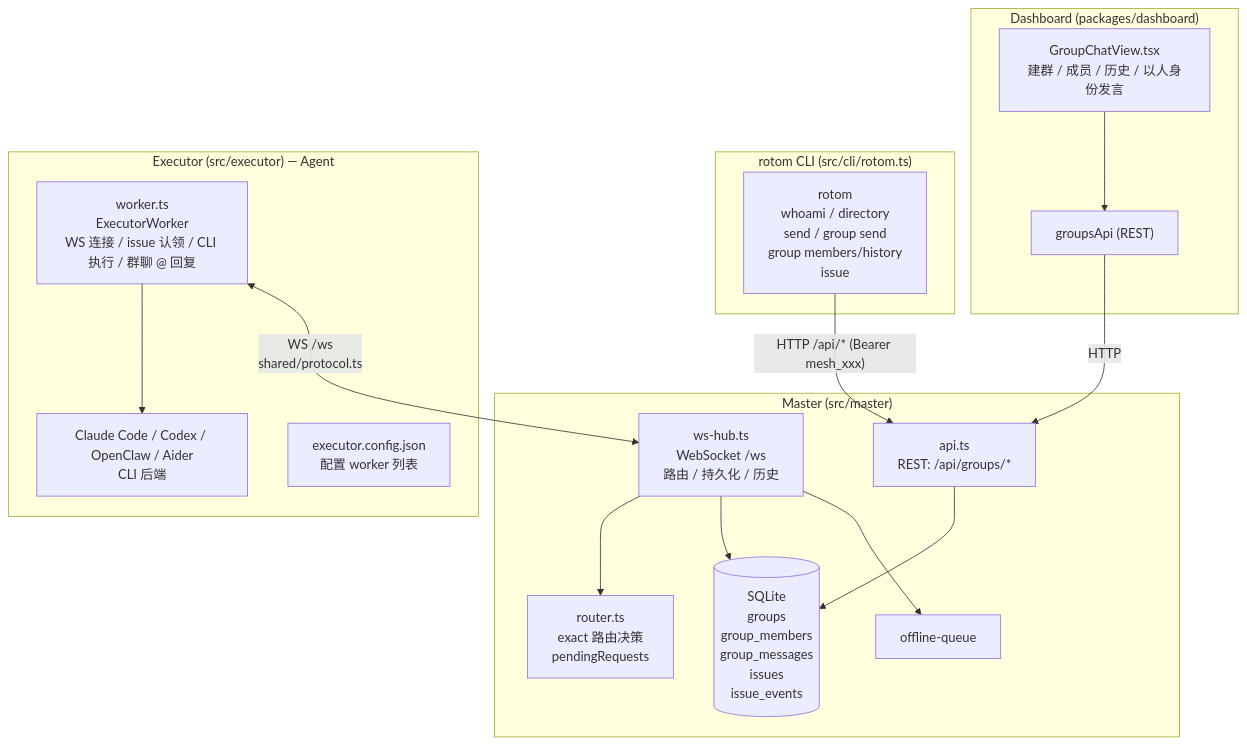
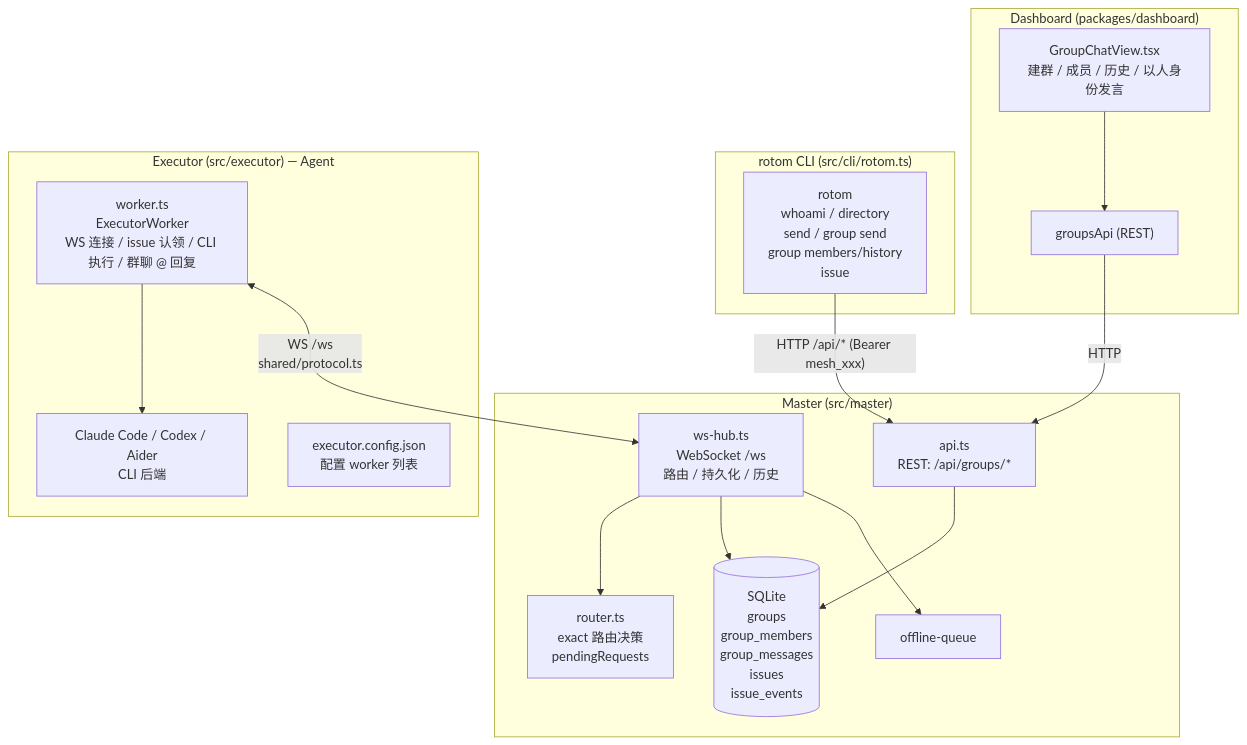
One commit to konglx90/rotom changed the first of 3 diagrams in packages/website/docs/dev/group_chat_architecture.md. Above: the diagram before and after it, drawn with Mermaid. The commit also changed other lines of this file and 37 other files, not shown here.

````diff
--- a/packages/website/docs/dev/group_chat_architecture.md
+++ b/packages/website/docs/dev/group_chat_architecture.md
@@ -124,36 +124,36 @@
 ```mermaid
 flowchart TB
   subgraph Dashboard["Dashboard (packages/dashboard)"]
     GCV["GroupChatView.tsx<br/>建群 / 成员 / 历史 / 以人身份发言"]
     GAPI["groupsApi (REST)"]
     GCV --> GAPI
   end
 
   subgraph Master["Master (src/master)"]
     API["api.ts<br/>REST: /api/groups/*"]
     HUB["ws-hub.ts<br/>WebSocket /ws<br/>路由 / 持久化 / 历史"]
     ROUTER["router.ts<br/>exact 路由决策<br/>pendingRequests"]
     DB[("SQLite<br/>groups<br/>group_members<br/>group_messages<br/>issues<br/>issue_events")]
     OQ["offline-queue"]
 
     API --> DB
     HUB --> ROUTER
     HUB --> DB
     HUB --> OQ
   end
 
   subgraph CLI_["rotom CLI (src/cli/rotom.ts)"]
     ROT["rotom<br/>whoami / directory<br/>send / group send<br/>group members/history<br/>issue"]
   end
 
   subgraph Executor["Executor (src/executor) — Agent"]
     EW["worker.ts<br/>ExecutorWorker<br/>WS 连接 / issue 认领 / CLI 执行 / 群聊 @ 回复"]
-    CLI["Claude Code / Codex / OpenClaw / Aider<br/>CLI 后端"]
+    CLI["Claude Code / Codex / Aider<br/>CLI 后端"]
     ECFG["executor.config.json<br/>配置 worker 列表"]
     EW --> CLI
   end
 
   GAPI -- "HTTP" --> API
   ROT -- "HTTP /api/* (Bearer mesh_xxx)" --> API
   EW <-- "WS /ws<br/>shared/protocol.ts" --> HUB
 ```
````
